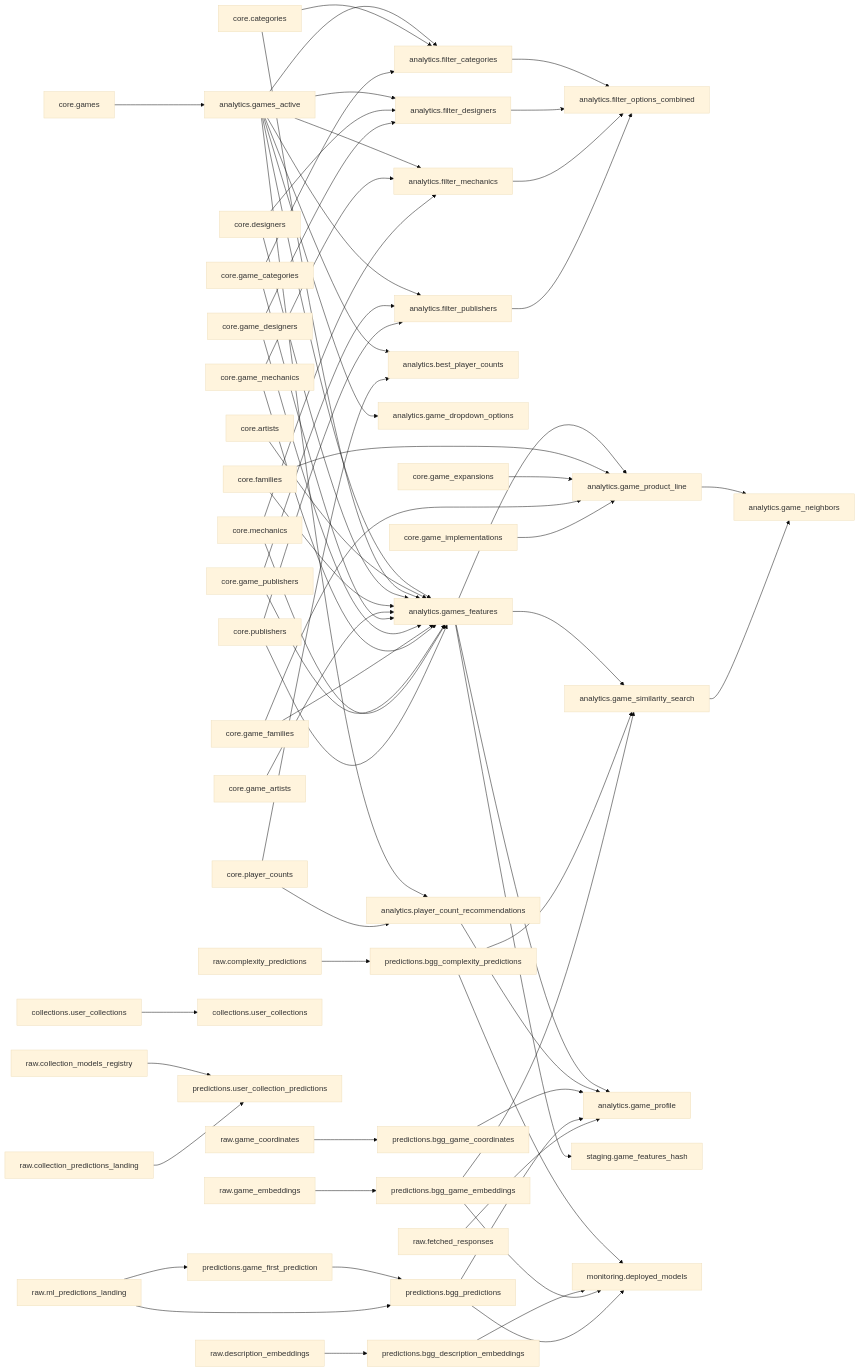
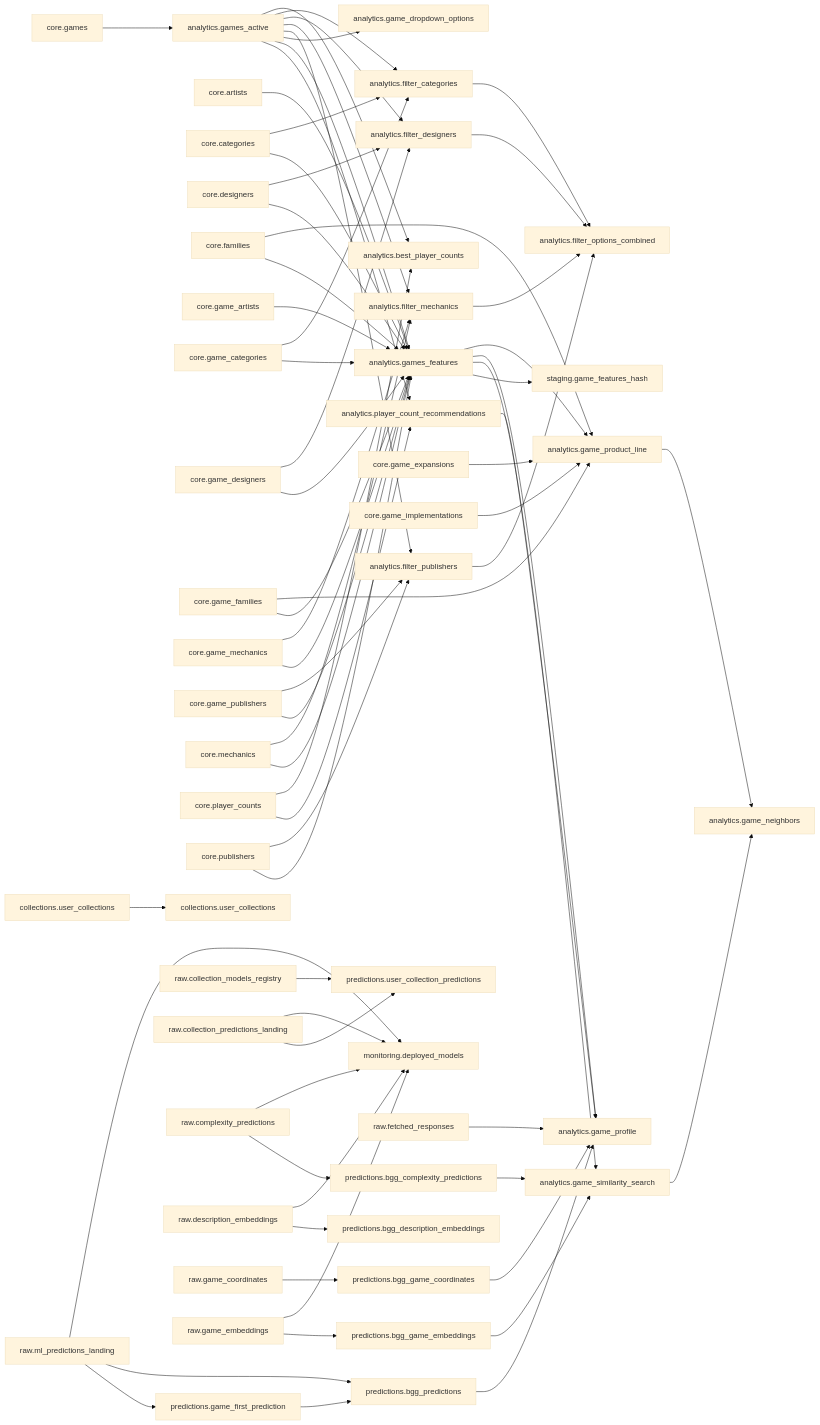
Before and after one commit to phenrickson/bgg-data-warehouse: the diagram in docs/lineage.md, drawn with Mermaid (base theme). The commit also changed 1 other file, not shown here.

Commit message:
Update Dataform lineage diagram [skip ci]

````diff
--- a/docs/lineage.md
+++ b/docs/lineage.md
@@ -3,68 +3,69 @@
 ```mermaid
 graph LR
     bgg_data_warehouse_analytics_filter_categories["analytics.filter_categories"] --> bgg_data_warehouse_analytics_filter_options_combined["analytics.filter_options_combined"]
     bgg_data_warehouse_analytics_filter_designers["analytics.filter_designers"] --> bgg_data_warehouse_analytics_filter_options_combined["analytics.filter_options_combined"]
     bgg_data_warehouse_analytics_filter_mechanics["analytics.filter_mechanics"] --> bgg_data_warehouse_analytics_filter_options_combined["analytics.filter_options_combined"]
     bgg_data_warehouse_analytics_filter_publishers["analytics.filter_publishers"] --> bgg_data_warehouse_analytics_filter_options_combined["analytics.filter_options_combined"]
     bgg_data_warehouse_analytics_game_product_line["analytics.game_product_line"] --> bgg_data_warehouse_analytics_game_neighbors["analytics.game_neighbors"]
     bgg_data_warehouse_analytics_game_similarity_search["analytics.game_similarity_search"] --> bgg_data_warehouse_analytics_game_neighbors["analytics.game_neighbors"]
     bgg_data_warehouse_analytics_games_active["analytics.games_active"] --> bgg_data_warehouse_analytics_best_player_counts["analytics.best_player_counts"]
     bgg_data_warehouse_analytics_games_active["analytics.games_active"] --> bgg_data_warehouse_analytics_filter_categories["analytics.filter_categories"]
     bgg_data_warehouse_analytics_games_active["analytics.games_active"] --> bgg_data_warehouse_analytics_filter_designers["analytics.filter_designers"]
     bgg_data_warehouse_analytics_games_active["analytics.games_active"] --> bgg_data_warehouse_analytics_filter_mechanics["analytics.filter_mechanics"]
     bgg_data_warehouse_analytics_games_active["analytics.games_active"] --> bgg_data_warehouse_analytics_filter_publishers["analytics.filter_publishers"]
     bgg_data_warehouse_analytics_games_active["analytics.games_active"] --> bgg_data_warehouse_analytics_game_dropdown_options["analytics.game_dropdown_options"]
     bgg_data_warehouse_analytics_games_active["analytics.games_active"] --> bgg_data_warehouse_analytics_games_features["analytics.games_features"]
     bgg_data_warehouse_analytics_games_active["analytics.games_active"] --> bgg_data_warehouse_analytics_player_count_recommendations["analytics.player_count_recommendations"]
     bgg_data_warehouse_analytics_games_features["analytics.games_features"] --> bgg_data_warehouse_analytics_game_product_line["analytics.game_product_line"]
     bgg_data_warehouse_analytics_games_features["analytics.games_features"] --> bgg_data_warehouse_analytics_game_profile["analytics.game_profile"]
     bgg_data_warehouse_analytics_games_features["analytics.games_features"] --> bgg_data_warehouse_analytics_game_similarity_search["analytics.game_similarity_search"]
     bgg_data_warehouse_analytics_games_features["analytics.games_features"] --> bgg_data_warehouse_staging_game_features_hash["staging.game_features_hash"]
     bgg_data_warehouse_analytics_player_count_recommendations["analytics.player_count_recommendations"] --> bgg_data_warehouse_analytics_game_profile["analytics.game_profile"]
     bgg_data_warehouse_core_artists["core.artists"] --> bgg_data_warehouse_analytics_games_features["analytics.games_features"]
     bgg_data_warehouse_core_categories["core.categories"] --> bgg_data_warehouse_analytics_filter_categories["analytics.filter_categories"]
     bgg_data_warehouse_core_categories["core.categories"] --> bgg_data_warehouse_analytics_games_features["analytics.games_features"]
     bgg_data_warehouse_core_designers["core.designers"] --> bgg_data_warehouse_analytics_filter_designers["analytics.filter_designers"]
     bgg_data_warehouse_core_designers["core.designers"] --> bgg_data_warehouse_analytics_games_features["analytics.games_features"]
     bgg_data_warehouse_core_families["core.families"] --> bgg_data_warehouse_analytics_game_product_line["analytics.game_product_line"]
     bgg_data_warehouse_core_families["core.families"] --> bgg_data_warehouse_analytics_games_features["analytics.games_features"]
     bgg_data_warehouse_core_game_artists["core.game_artists"] --> bgg_data_warehouse_analytics_games_features["analytics.games_features"]
     bgg_data_warehouse_core_game_categories["core.game_categories"] --> bgg_data_warehouse_analytics_filter_categories["analytics.filter_categories"]
     bgg_data_warehouse_core_game_categories["core.game_categories"] --> bgg_data_warehouse_analytics_games_features["analytics.games_features"]
     bgg_data_warehouse_core_game_designers["core.game_designers"] --> bgg_data_warehouse_analytics_filter_designers["analytics.filter_designers"]
     bgg_data_warehouse_core_game_designers["core.game_designers"] --> bgg_data_warehouse_analytics_games_features["analytics.games_features"]
     bgg_data_warehouse_core_game_expansions["core.game_expansions"] --> bgg_data_warehouse_analytics_game_product_line["analytics.game_product_line"]
     bgg_data_warehouse_core_game_families["core.game_families"] --> bgg_data_warehouse_analytics_game_product_line["analytics.game_product_line"]
     bgg_data_warehouse_core_game_families["core.game_families"] --> bgg_data_warehouse_analytics_games_features["analytics.games_features"]
     bgg_data_warehouse_core_game_implementations["core.game_implementations"] --> bgg_data_warehouse_analytics_game_product_line["analytics.game_product_line"]
     bgg_data_warehouse_core_game_mechanics["core.game_mechanics"] --> bgg_data_warehouse_analytics_filter_mechanics["analytics.filter_mechanics"]
     bgg_data_warehouse_core_game_mechanics["core.game_mechanics"] --> bgg_data_warehouse_analytics_games_features["analytics.games_features"]
     bgg_data_warehouse_core_game_publishers["core.game_publishers"] --> bgg_data_warehouse_analytics_filter_publishers["analytics.filter_publishers"]
     bgg_data_warehouse_core_game_publishers["core.game_publishers"] --> bgg_data_warehouse_analytics_games_features["analytics.games_features"]
     bgg_data_warehouse_core_games["core.games"] --> bgg_data_warehouse_analytics_games_active["analytics.games_active"]
     bgg_data_warehouse_core_mechanics["core.mechanics"] --> bgg_data_warehouse_analytics_filter_mechanics["analytics.filter_mechanics"]
     bgg_data_warehouse_core_mechanics["core.mechanics"] --> bgg_data_warehouse_analytics_games_features["analytics.games_features"]
     bgg_data_warehouse_core_player_counts["core.player_counts"] --> bgg_data_warehouse_analytics_best_player_counts["analytics.best_player_counts"]
     bgg_data_warehouse_core_player_counts["core.player_counts"] --> bgg_data_warehouse_analytics_player_count_recommendations["analytics.player_count_recommendations"]
     bgg_data_warehouse_core_publishers["core.publishers"] --> bgg_data_warehouse_analytics_filter_publishers["analytics.filter_publishers"]
     bgg_data_warehouse_core_publishers["core.publishers"] --> bgg_data_warehouse_analytics_games_features["analytics.games_features"]
     bgg_data_warehouse_predictions_bgg_complexity_predictions["predictions.bgg_complexity_predictions"] --> bgg_data_warehouse_analytics_game_similarity_search["analytics.game_similarity_search"]
-    bgg_data_warehouse_predictions_bgg_complexity_predictions["predictions.bgg_complexity_predictions"] --> bgg_data_warehouse_monitoring_deployed_models["monitoring.deployed_models"]
-    bgg_data_warehouse_predictions_bgg_description_embeddings["predictions.bgg_description_embeddings"] --> bgg_data_warehouse_monitoring_deployed_models["monitoring.deployed_models"]
     bgg_data_warehouse_predictions_bgg_game_coordinates["predictions.bgg_game_coordinates"] --> bgg_data_warehouse_analytics_game_profile["analytics.game_profile"]
     bgg_data_warehouse_predictions_bgg_game_embeddings["predictions.bgg_game_embeddings"] --> bgg_data_warehouse_analytics_game_similarity_search["analytics.game_similarity_search"]
-    bgg_data_warehouse_predictions_bgg_game_embeddings["predictions.bgg_game_embeddings"] --> bgg_data_warehouse_monitoring_deployed_models["monitoring.deployed_models"]
     bgg_data_warehouse_predictions_bgg_predictions["predictions.bgg_predictions"] --> bgg_data_warehouse_analytics_game_profile["analytics.game_profile"]
-    bgg_data_warehouse_predictions_bgg_predictions["predictions.bgg_predictions"] --> bgg_data_warehouse_monitoring_deployed_models["monitoring.deployed_models"]
     bgg_data_warehouse_predictions_game_first_prediction["predictions.game_first_prediction"] --> bgg_data_warehouse_predictions_bgg_predictions["predictions.bgg_predictions"]
     bgg_data_warehouse_raw_fetched_responses["raw.fetched_responses"] --> bgg_data_warehouse_analytics_game_profile["analytics.game_profile"]
     bgg_predictive_models_collections_user_collections["collections.user_collections"] --> bgg_data_warehouse_collections_user_collections["collections.user_collections"]
     bgg_predictive_models_raw_collection_models_registry["raw.collection_models_registry"] --> bgg_data_warehouse_predictions_user_collection_predictions["predictions.user_collection_predictions"]
+    bgg_predictive_models_raw_collection_predictions_landing["raw.collection_predictions_landing"] --> bgg_data_warehouse_monitoring_deployed_models["monitoring.deployed_models"]
     bgg_predictive_models_raw_collection_predictions_landing["raw.collection_predictions_landing"] --> bgg_data_warehouse_predictions_user_collection_predictions["predictions.user_collection_predictions"]
+    bgg_predictive_models_raw_complexity_predictions["raw.complexity_predictions"] --> bgg_data_warehouse_monitoring_deployed_models["monitoring.deployed_models"]
     bgg_predictive_models_raw_complexity_predictions["raw.complexity_predictions"] --> bgg_data_warehouse_predictions_bgg_complexity_predictions["predictions.bgg_complexity_predictions"]
+    bgg_predictive_models_raw_description_embeddings["raw.description_embeddings"] --> bgg_data_warehouse_monitoring_deployed_models["monitoring.deployed_models"]
     bgg_predictive_models_raw_description_embeddings["raw.description_embeddings"] --> bgg_data_warehouse_predictions_bgg_description_embeddings["predictions.bgg_description_embeddings"]
     bgg_predictive_models_raw_game_coordinates["raw.game_coordinates"] --> bgg_data_warehouse_predictions_bgg_game_coordinates["predictions.bgg_game_coordinates"]
+    bgg_predictive_models_raw_game_embeddings["raw.game_embeddings"] --> bgg_data_warehouse_monitoring_deployed_models["monitoring.deployed_models"]
     bgg_predictive_models_raw_game_embeddings["raw.game_embeddings"] --> bgg_data_warehouse_predictions_bgg_game_embeddings["predictions.bgg_game_embeddings"]
+    bgg_predictive_models_raw_ml_predictions_landing["raw.ml_predictions_landing"] --> bgg_data_warehouse_monitoring_deployed_models["monitoring.deployed_models"]
     bgg_predictive_models_raw_ml_predictions_landing["raw.ml_predictions_landing"] --> bgg_data_warehouse_predictions_bgg_predictions["predictions.bgg_predictions"]
     bgg_predictive_models_raw_ml_predictions_landing["raw.ml_predictions_landing"] --> bgg_data_warehouse_predictions_game_first_prediction["predictions.game_first_prediction"]
 ```
````
